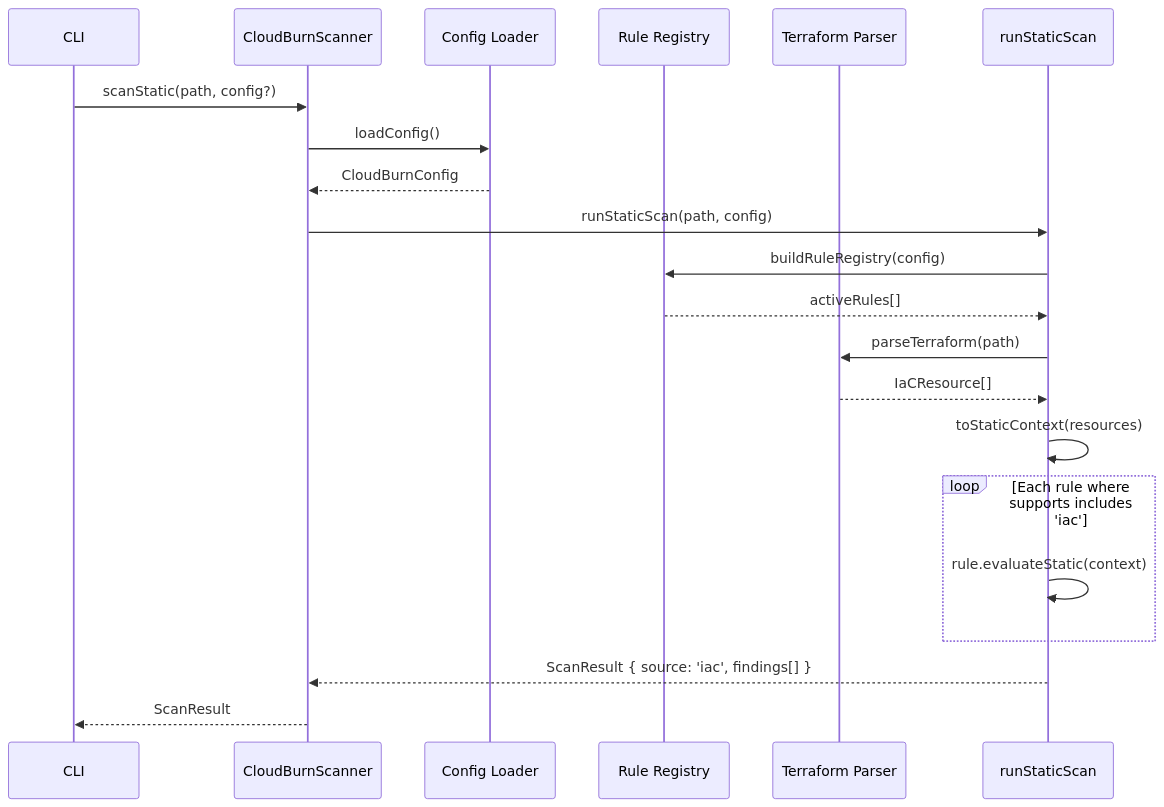
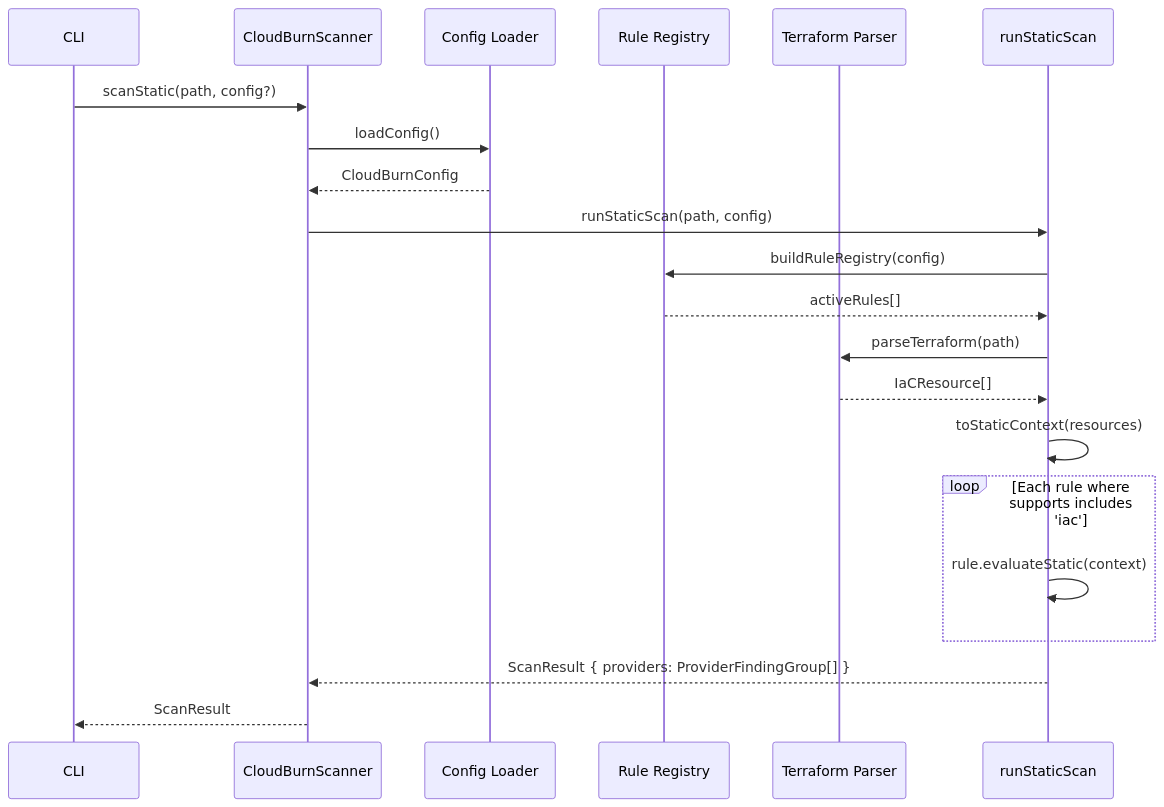
Before and after one commit to towardsthecloud/cloudburn: the second of 3 diagrams in ARCHITECTURE.md, drawn with Mermaid. The commit also changed other lines of this file and 43 other files, not shown here.

First line of the commit message:
refactor: group scan results by provider and rule (#10)

````diff
--- a/ARCHITECTURE.md
+++ b/ARCHITECTURE.md
@@ -19,24 +19,24 @@
 ```mermaid
 sequenceDiagram
   participant CLI
   participant Scanner as CloudBurnScanner
   participant Config as Config Loader
   participant Registry as Rule Registry
   participant Parser as Terraform Parser
   participant Engine as runStaticScan
 
   CLI->>Scanner: scanStatic(path, config?)
   Scanner->>Config: loadConfig()
   Config-->>Scanner: CloudBurnConfig
   Scanner->>Engine: runStaticScan(path, config)
   Engine->>Registry: buildRuleRegistry(config)
   Registry-->>Engine: activeRules[]
   Engine->>Parser: parseTerraform(path)
   Parser-->>Engine: IaCResource[]
   Engine->>Engine: toStaticContext(resources)
   loop Each rule where supports includes 'iac'
     Engine->>Engine: rule.evaluateStatic(context)
   end
-  Engine-->>Scanner: ScanResult { source: 'iac', findings[] }
+  Engine-->>Scanner: ScanResult { providers: ProviderFindingGroup[] }
   Scanner-->>CLI: ScanResult
 ```
````
